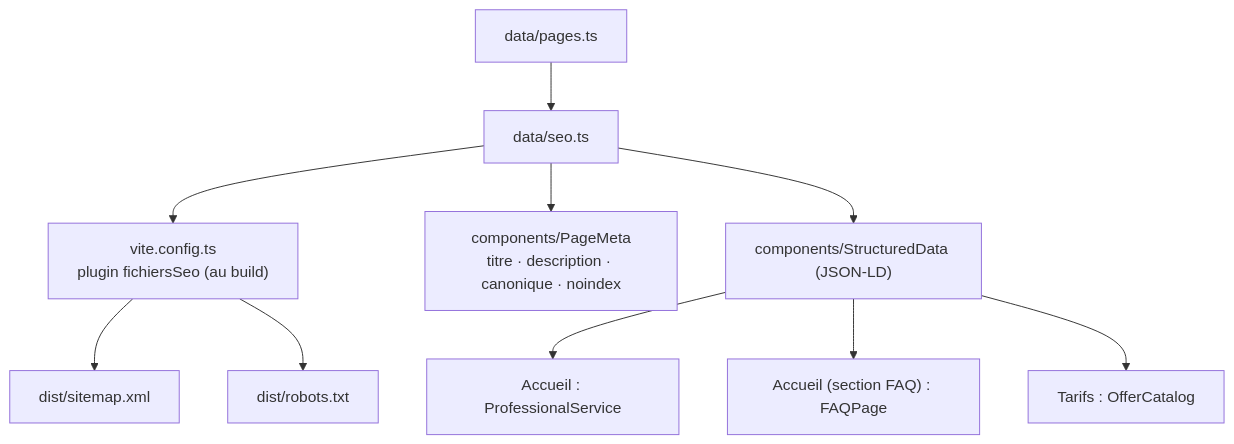
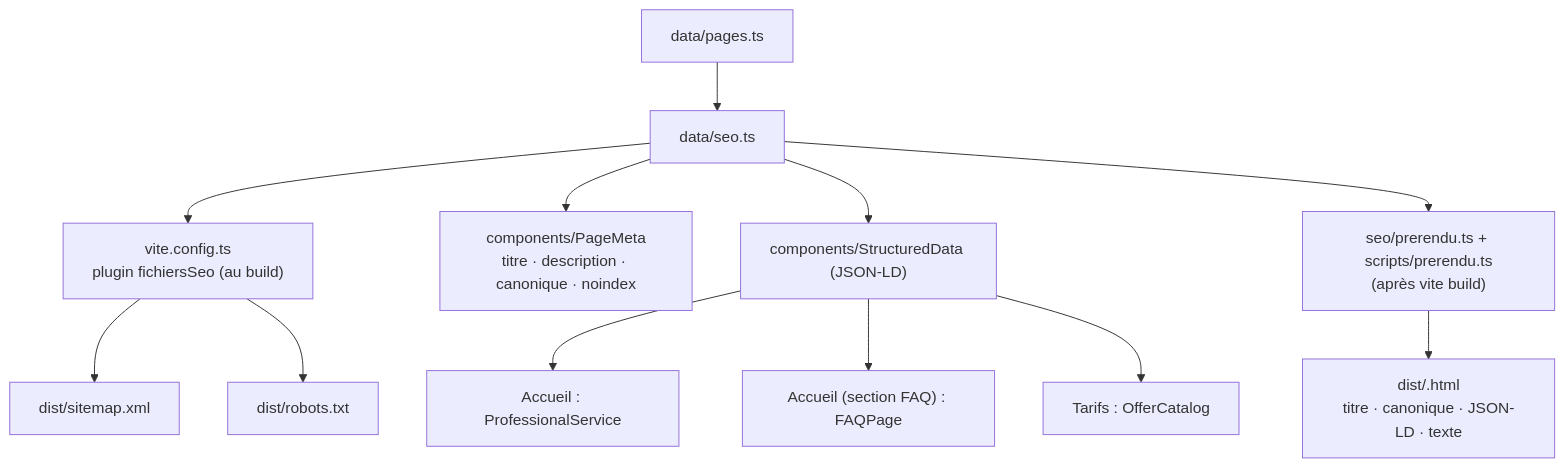
Before and after one commit to bsandoz79/bsandoz-site: the diagram in docs/fonctionnalites/seo.md, drawn with Mermaid. The commit also changed other lines of this file and 11 other files, not shown here.

````diff
--- a/docs/fonctionnalites/seo.md
+++ b/docs/fonctionnalites/seo.md
@@ -7,12 +7,14 @@
 ```mermaid
 flowchart TB
   pages["data/pages.ts"] --> seo["data/seo.ts"]
   seo --> plugin["vite.config.ts<br/>plugin fichiersSeo (au build)"]
   plugin --> sitemap["dist/sitemap.xml"]
   plugin --> robots["dist/robots.txt"]
   seo --> pm["components/PageMeta<br/>titre · description · canonique · noindex"]
   seo --> sd["components/StructuredData (JSON-LD)"]
   sd --> h["Accueil : ProfessionalService"]
   sd --> f["Accueil (section FAQ) : FAQPage"]
   sd --> t["Tarifs : OfferCatalog"]
+  seo --> pr["seo/prerendu.ts + scripts/prerendu.ts<br/>(après vite build)"]
+  pr --> html["dist/<page>.html<br/>titre · canonique · JSON-LD · texte"]
 ```
````
